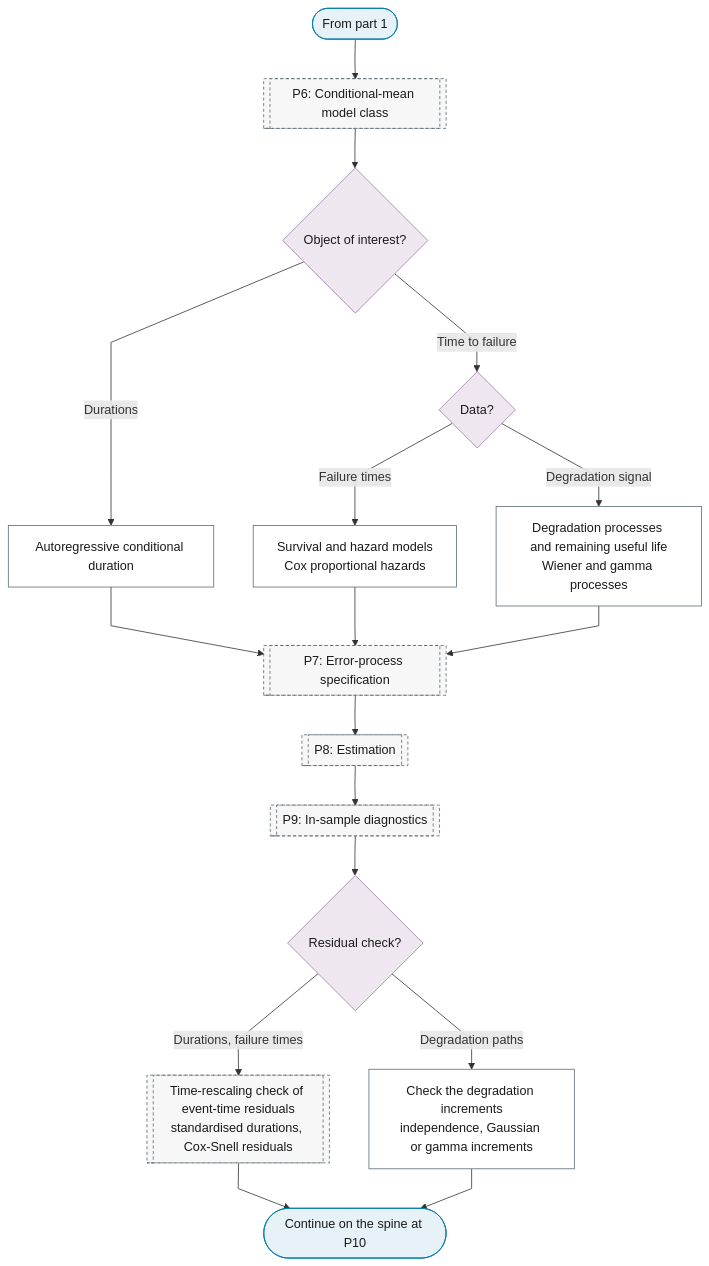
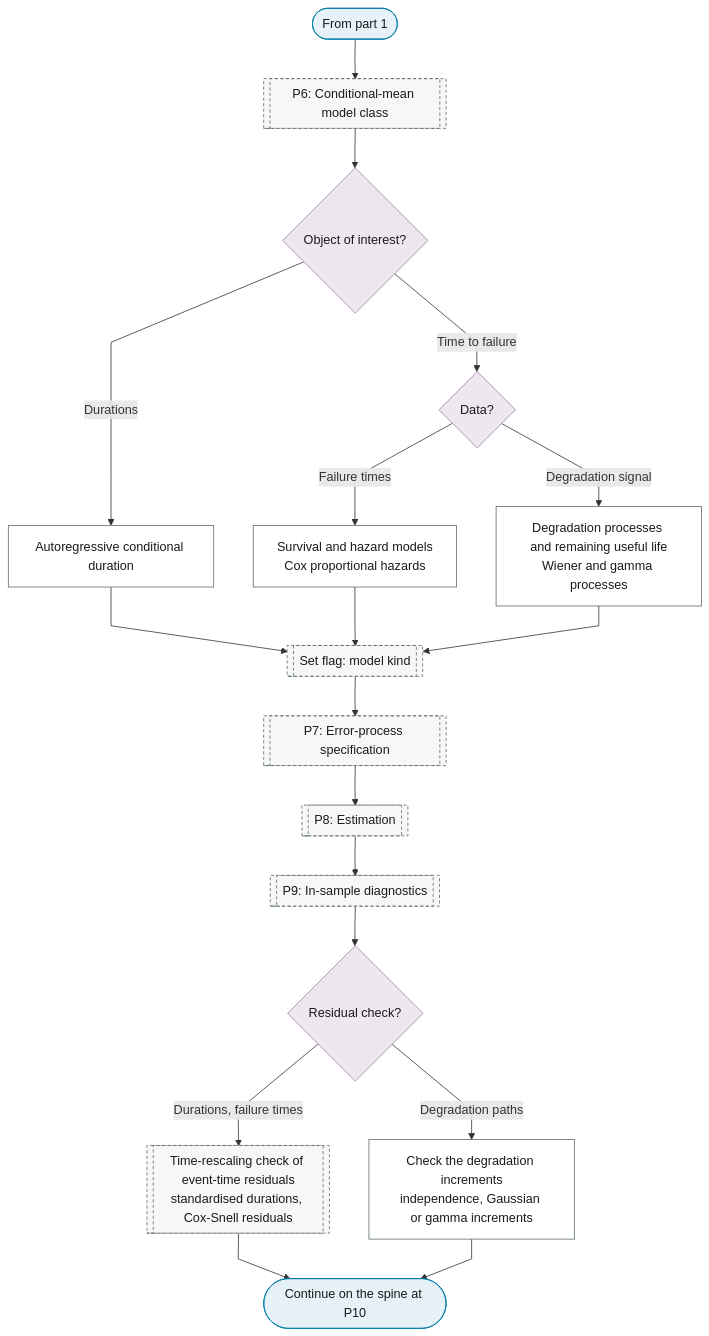
One commit to Shuxin-Y/time-series-analysis-manual changed the second of 2 diagrams in docs/reference/17-point-processes/index.md. Above: the diagram before and after it, drawn with Mermaid. The commit also changed other lines of this file and 17 other files, not shown here.

First line of the commit message:
fix(charts): round-3 review fixes to seasonality, thresholds and branch flags

````diff
--- a/docs/reference/17-point-processes/index.md
+++ b/docs/reference/17-point-processes/index.md
@@ -45,29 +47,31 @@
 ```mermaid
 %%{init: {"flowchart": {"curve": "linear"}}}%%
 graph TD
     B2_PART_2_IN(["From part 1"]) --> P6[["P6: Conditional-mean model class"]]
     P6 --> B2_QUESTION_2{"Object of interest?"}
     B2_QUESTION_2 -->|"Durations"| B2_ACD["Autoregressive conditional duration"]
     B2_QUESTION_2 -->|"Time to failure"| B2_FAILURE{"Data?"}
     B2_FAILURE -->|"Failure times"| B2_SURVIVAL["Survival and hazard models<br/>Cox proportional hazards"]
     B2_FAILURE -->|"Degradation signal"| B2_DEGRADATION["Degradation processes and remaining useful life<br/>Wiener and gamma processes"]
-    B2_ACD & B2_SURVIVAL & B2_DEGRADATION --> P7[["P7: Error-process specification"]]
+    B2_ACD & B2_SURVIVAL & B2_DEGRADATION --> P6_KIND_FLAG[["Set flag: model kind"]]
+    P6_KIND_FLAG --> P7[["P7: Error-process specification"]]
+    class P6_KIND_FLAG ref
     P7 --> P8[["P8: Estimation"]]
     P8 --> P9[["P9: In-sample diagnostics"]]
     P9 --> B2_CHECK{"Residual check?"}
     B2_CHECK -->|"Durations, failure times"| P7_RESCALING[["Time-rescaling check of event-time residuals<br/>standardised durations, Cox-Snell residuals"]]
     B2_CHECK -->|"Degradation paths"| B2_INCREMENT_CHECK["Check the degradation increments<br/>independence, Gaussian or gamma increments"]
     P7_RESCALING & B2_INCREMENT_CHECK --> B2_PART_2_OUT(["Continue on the spine at P10"])
     class B2_PART_2_IN,B2_PART_2_OUT terminator
     class B2_QUESTION_2,B2_FAILURE,B2_CHECK decision
     class B2_ACD,B2_SURVIVAL,B2_DEGRADATION,B2_INCREMENT_CHECK process
     class P6,P7,P8,P9,P7_RESCALING ref
     classDef terminator fill:#E6F2F7,stroke:#007BA7,color:#1A1A1A;
     classDef process fill:#FFFFFF,stroke:#5A6B73,color:#1A1A1A;
     classDef decision fill:#EFE7F0,stroke:#9B7FA7,color:#1A1A1A;
     classDef data fill:#FFF4E0,stroke:#C9A55E,color:#1A1A1A;
     classDef good fill:#DCEFD8,stroke:#4A7A3F,color:#1A1A1A;
     classDef escalate fill:#FFE9C2,stroke:#C9A55E,color:#1A1A1A;
     classDef problem fill:#F2D9DE,stroke:#800020,color:#1A1A1A;
     classDef ref fill:#F7F7F7,stroke:#5A6B73,color:#1A1A1A,stroke-dasharray:4 3;
 ```
````
